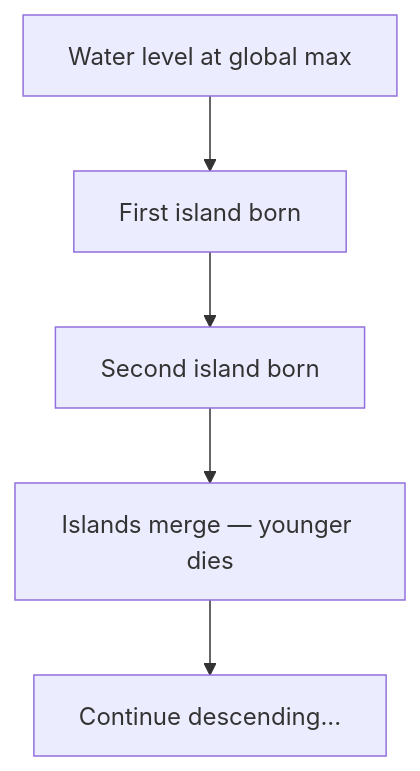
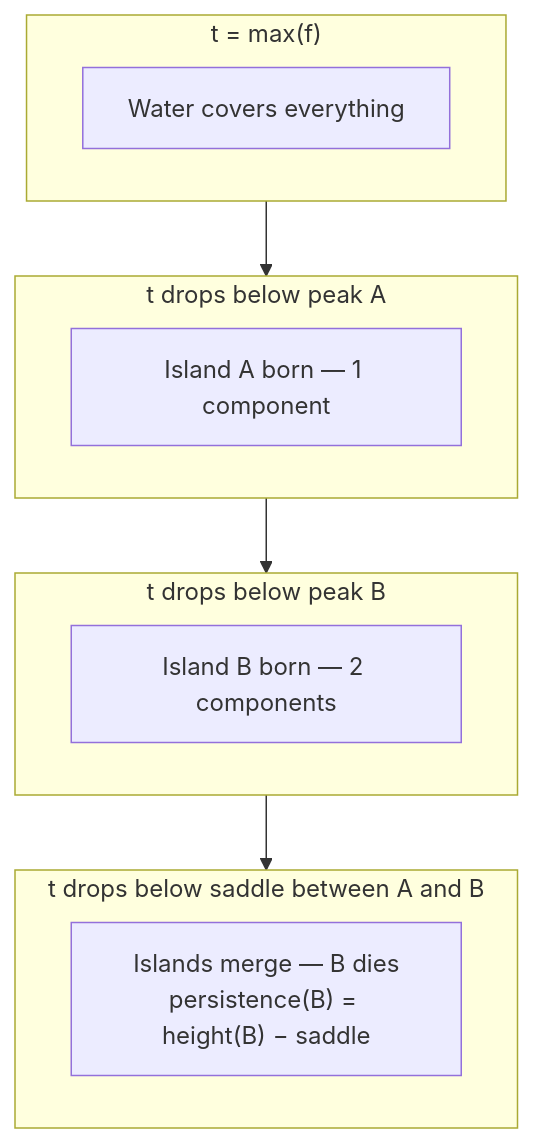
The first of 2 diagrams in packages/docs/docs/idea-and-plan/persistent-homology-primer.md (caverac/phspectra), drawn with Mermaid before and after one commit. The commit also changed other lines of this file and 50 other files, not shown here.

````diff
--- a/packages/docs/docs/idea-and-plan/persistent-homology-primer.md
+++ b/packages/docs/docs/idea-and-plan/persistent-homology-primer.md
@@ -17,7 +48,21 @@
 ```mermaid
-graph TD
-    A["Water level at global max"] --> B["First island born"]
-    B --> C["Second island born"]
-    C --> D["Islands merge — younger dies"]
-    D --> E["Continue descending..."]
+flowchart TB
+    subgraph step1["t = max(f)"]
+        direction LR
+        s1["Water covers everything"]
+    end
+    subgraph step2["t drops below peak A"]
+        direction LR
+        s2["Island A born — 1 component"]
+    end
+    subgraph step3["t drops below peak B"]
+        direction LR
+        s3["Island B born — 2 components"]
+    end
+    subgraph step4["t drops below saddle between A and B"]
+        direction LR
+        s4["Islands merge — B dies<br/>persistence(B) = height(B) − saddle"]
+    end
+
+    step1 --> step2 --> step3 --> step4
 ```
````
